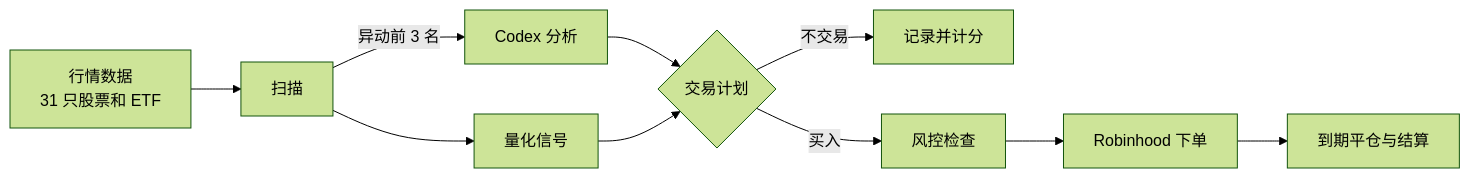
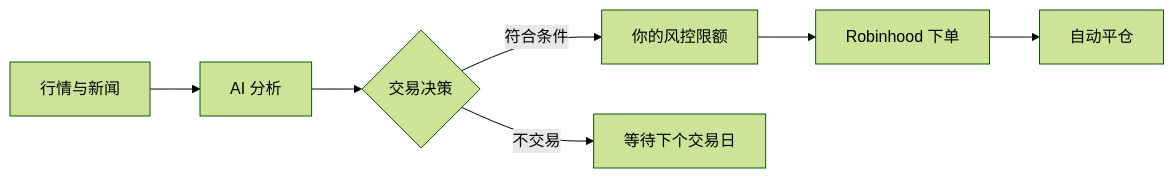
Before and after one commit to danielye0010/TradeAgent: the diagram in README.zh-CN.md, drawn with Mermaid (forest theme). The commit also changed other lines of this file and 1 other file, not shown here.

````diff
--- a/README.zh-CN.md
+++ b/README.zh-CN.md
@@ -29,12 +20,9 @@
 ```mermaid
 flowchart LR
-    A[行情数据<br/>31 只股票和 ETF] --> B[扫描]
-    B -->|异动前 3 名| C[Codex 分析]
-    B --> D[量化信号]
-    C --> E{交易计划}
-    D --> E
-    E -->|不交易| F[记录并计分]
-    E -->|买入| G[风控检查]
-    G --> H[Robinhood 下单]
-    H --> I[到期平仓与结算]
+    A[行情与新闻] --> B[AI 分析]
+    B --> C{交易决策}
+    C -->|符合条件| D[你的风控限额]
+    C -->|不交易| E[等待下个交易日]
+    D --> F[Robinhood 下单]
+    F --> G[自动平仓]
 ```
````
